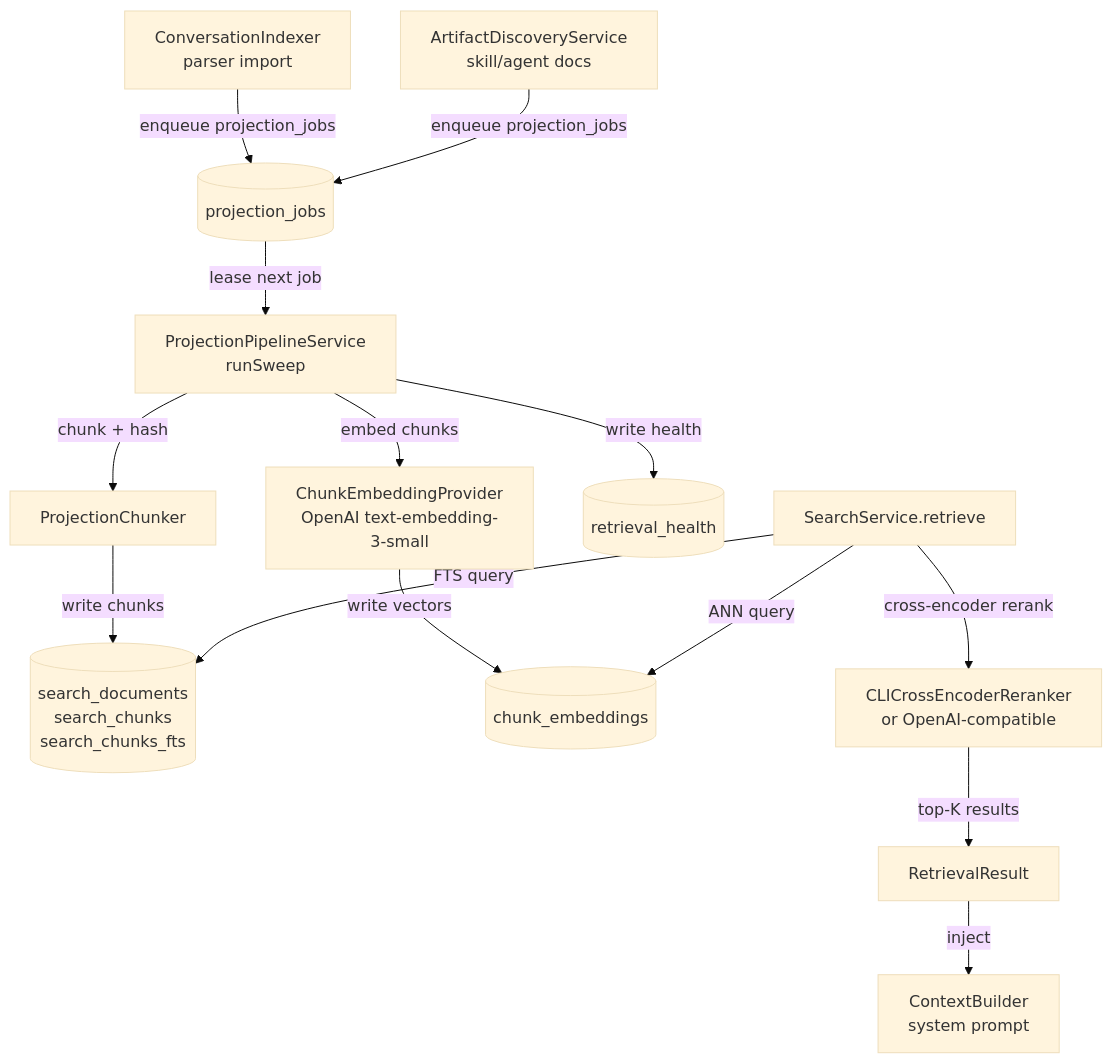
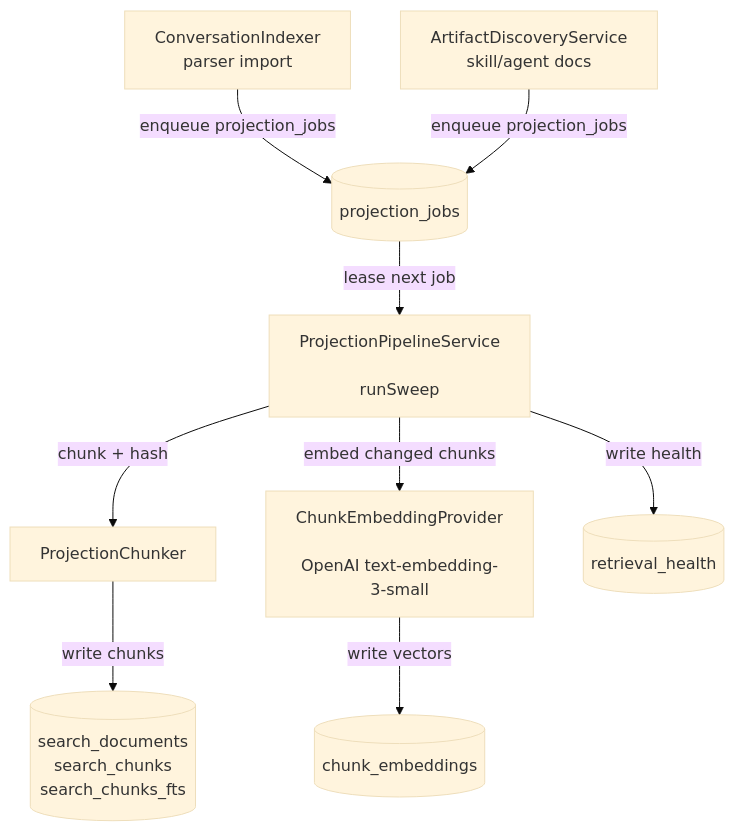
One commit to Imagine-That-Ai/BurnBar changed the first of 2 diagrams in droid-wiki/systems/retrieval/index.md. Above: the diagram before and after it, drawn with Mermaid (base theme). The commit also changed other lines of this file and 101 other files, not shown here.

````diff
--- a/droid-wiki/systems/retrieval/index.md
+++ b/droid-wiki/systems/retrieval/index.md
@@ -20,17 +59,17 @@
 ```mermaid
 graph TD
-    A[ConversationIndexer\nparser import] -->|enqueue projection_jobs| Q[(projection_jobs)]
-    B[ArtifactDiscoveryService\nskill/agent docs] -->|enqueue projection_jobs| Q
-    Q -->|lease next job| P[ProjectionPipelineService\nrunSweep]
+    A[ConversationIndexer
+       parser import] -->|enqueue projection_jobs| Q[(projection_jobs)]
+    B[ArtifactDiscoveryService
+       skill/agent docs] -->|enqueue projection_jobs| Q
+    Q -->|lease next job| P[ProjectionPipelineService
+                              runSweep]
     P -->|chunk + hash| C[ProjectionChunker]
-    C -->|write chunks| SD[(search_documents\nsearch_chunks\nsearch_chunks_fts)]
-    P -->|embed chunks| E[ChunkEmbeddingProvider\nOpenAI text-embedding-3-small]
+    C -->|write chunks| SD[(search_documents
+                          search_chunks
+                          search_chunks_fts)]
+    P -->|embed changed chunks| E[ChunkEmbeddingProvider
+                                  OpenAI text-embedding-3-small]
     E -->|write vectors| VD[(chunk_embeddings)]
     P -->|write health| H[(retrieval_health)]
-
-    Q2[SearchService.retrieve] -->|FTS query| SD
-    Q2 -->|ANN query| VD
-    Q2 -->|cross-encoder rerank| R[CLICrossEncoderReranker\nor OpenAI-compatible]
-    R -->|top-K results| OUT[RetrievalResult]
-    OUT -->|inject| CTX[ContextBuilder\nsystem prompt]
 ```
````
